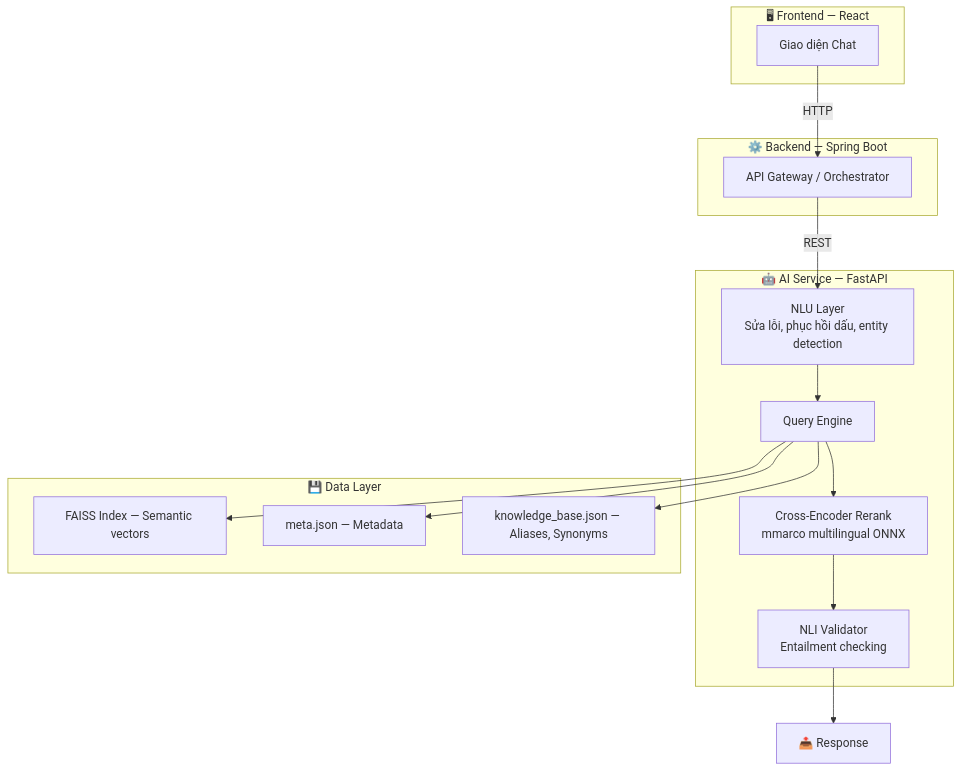
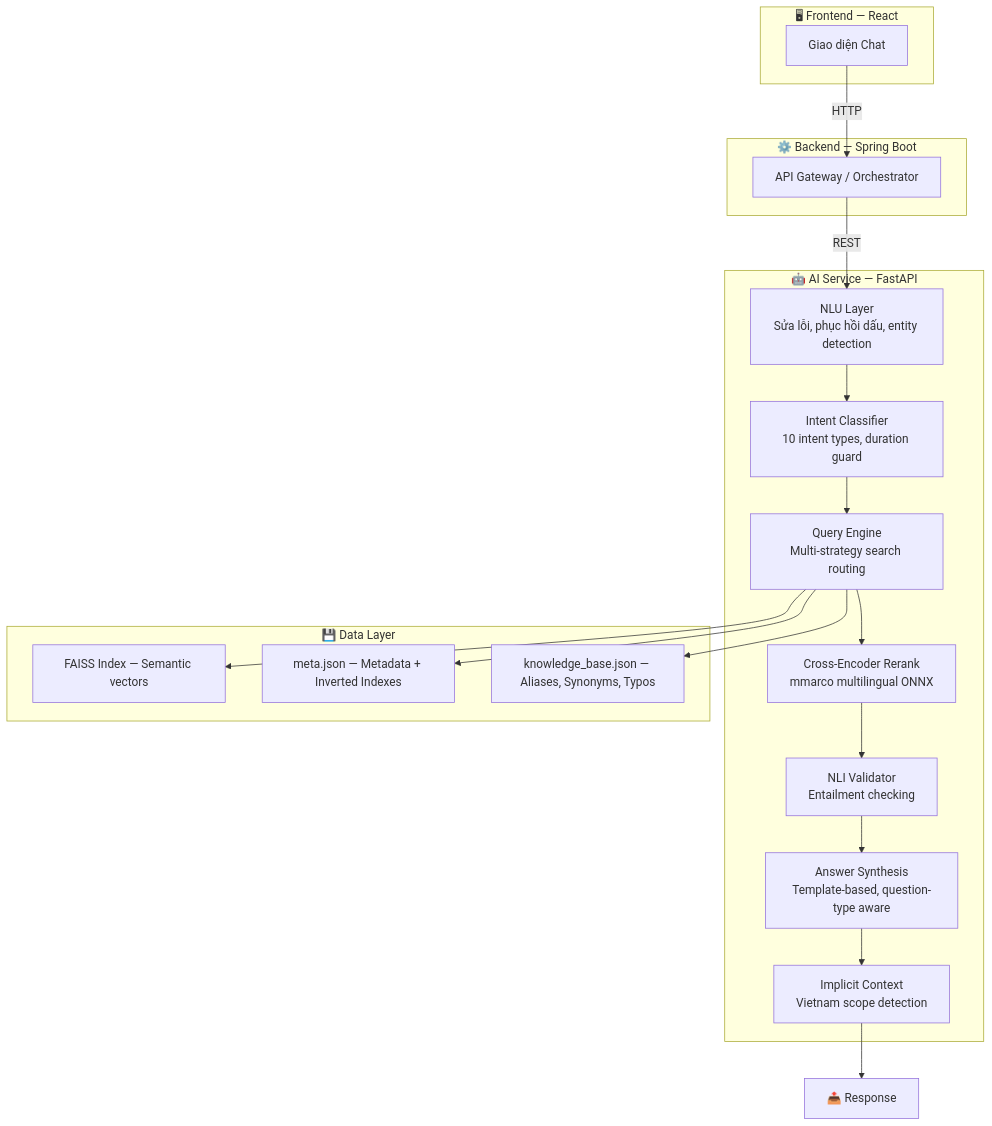
The first of 3 diagrams in README.md (HistoryMindAI/vietnam_history_dataset), drawn with Mermaid before and after one commit. The commit also changed other lines of this file and 7 other files, not shown here.

````diff
--- a/README.md
+++ b/README.md
@@ -74,31 +79,37 @@
 ```mermaid
 graph TD
     subgraph "🖥 Frontend — React"
         A["Giao diện Chat"]
     end
 
     subgraph "⚙️ Backend — Spring Boot"
         B["API Gateway / Orchestrator"]
     end
 
     subgraph "🤖 AI Service — FastAPI"
         NLU["NLU Layer<br/>Sửa lỗi, phục hồi dấu, entity detection"]
-        ENGINE["Query Engine"]
+        IC["Intent Classifier<br/>10 intent types, duration guard"]
+        ENGINE["Query Engine<br/>Multi-strategy search routing"]
         CE["Cross-Encoder Rerank<br/>mmarco multilingual ONNX"]
         NLI["NLI Validator<br/>Entailment checking"]
+        AS["Answer Synthesis<br/>Template-based, question-type aware"]
+        CTX["Implicit Context<br/>Vietnam scope detection"]
     end
 
     subgraph "💾 Data Layer"
         D1["FAISS Index — Semantic vectors"]
-        D2["meta.json — Metadata"]
-        D3["knowledge_base.json — Aliases, Synonyms"]
+        D2["meta.json — Metadata + Inverted Indexes"]
+        D3["knowledge_base.json — Aliases, Synonyms, Typos"]
     end
 
     A -- "HTTP" --> B
     B -- "REST" --> NLU
-    NLU --> ENGINE
+    NLU --> IC
+    IC --> ENGINE
     ENGINE --> D1 & D2 & D3
     ENGINE --> CE
     CE --> NLI
-    NLI --> FORMAT["📤 Response"]
+    NLI --> AS
+    AS --> CTX
+    CTX --> FORMAT["📤 Response"]
 ```
````
